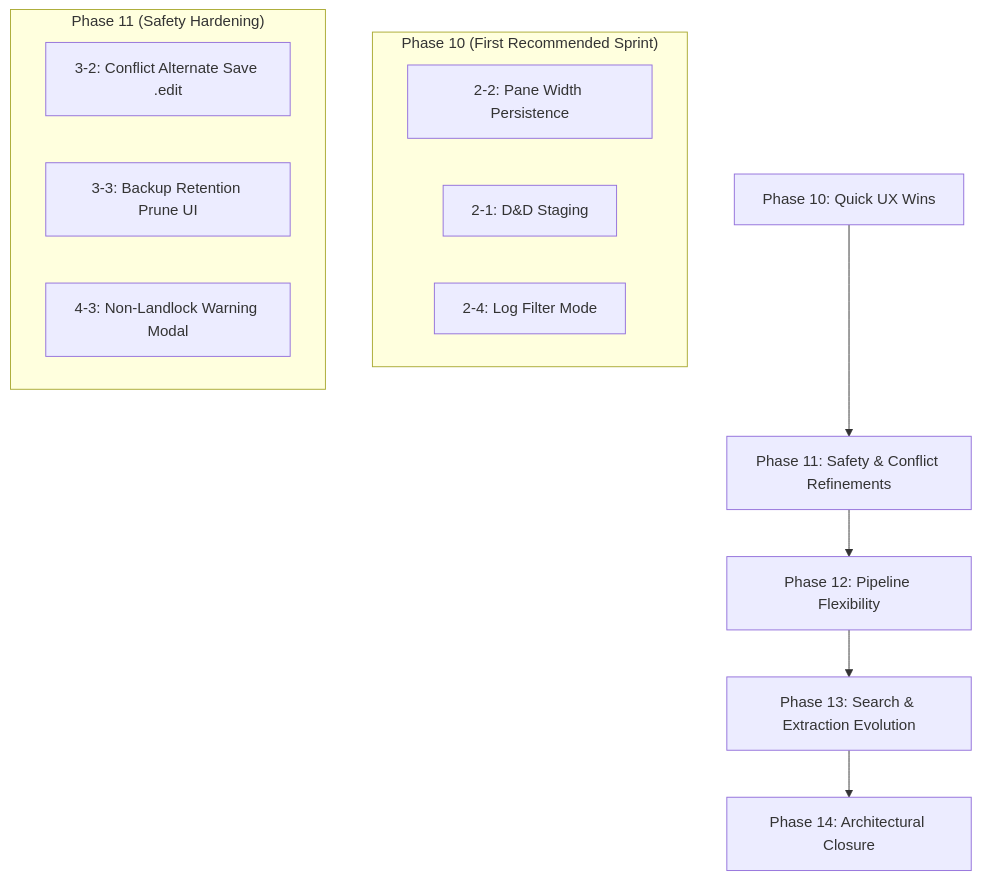
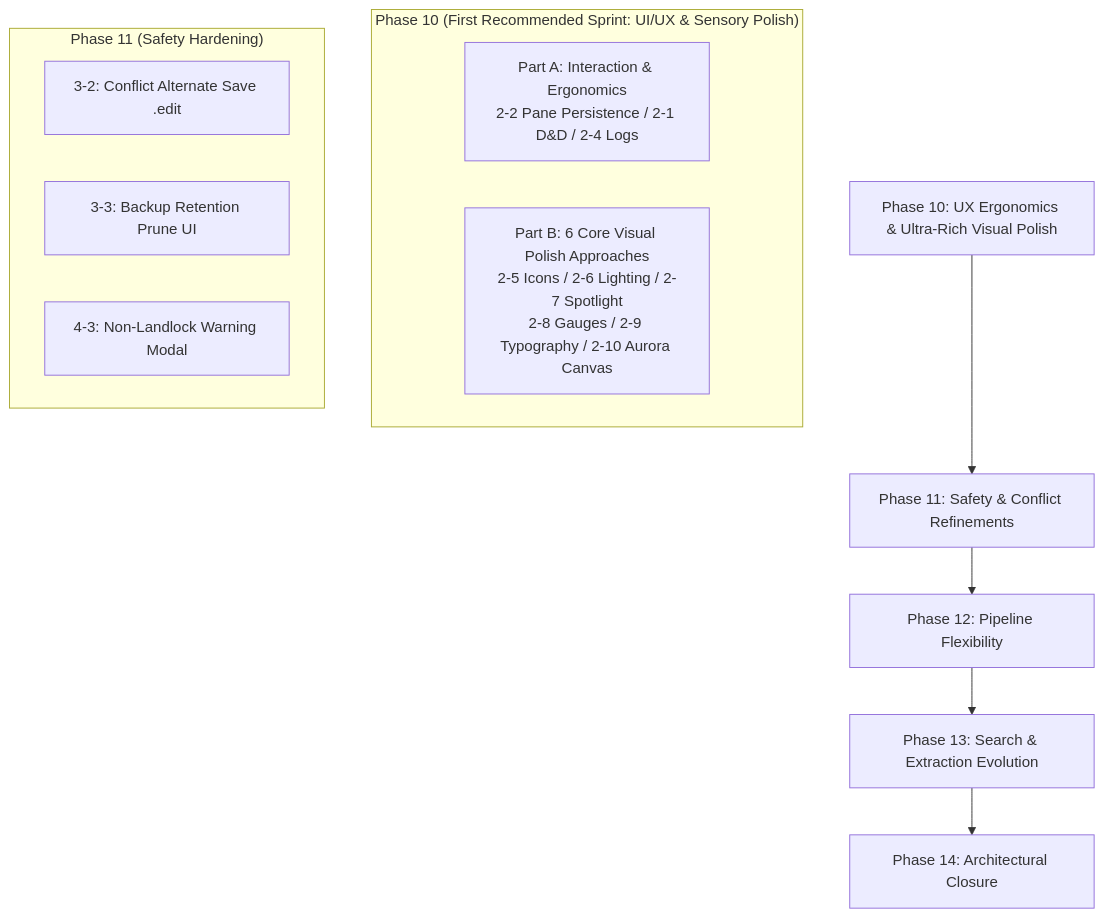
One commit to wammed/Cuddle changed the diagram in NEXT_IMPLEMENTATION_TASKS.en.md. Above: the diagram before and after it, drawn with Mermaid. The commit also changed other lines of this file and 1 other file, not shown here.

Commit message:
docs: add 6 core visual polish and sensory upgrade tasks to implementation roadmap

````diff
--- a/NEXT_IMPLEMENTATION_TASKS.en.md
+++ b/NEXT_IMPLEMENTATION_TASKS.en.md
@@ -244,19 +332,18 @@
 ```mermaid
 graph TD
-    A[Phase 10: Quick UX Wins] --> B[Phase 11: Safety & Conflict Refinements]
+    A[Phase 10: UX Ergonomics & Ultra-Rich Visual Polish] --> B[Phase 11: Safety & Conflict Refinements]
     B --> C[Phase 12: Pipeline Flexibility]
     C --> D[Phase 13: Search & Extraction Evolution]
     D --> E[Phase 14: Architectural Closure]
 
-    subgraph "Phase 10 (First Recommended Sprint)"
-        A1[2-2: Pane Width Persistence]
-        A2[2-1: D&D Staging]
-        A3[2-4: Log Filter Mode]
+    subgraph "Phase 10 (First Recommended Sprint: UI/UX & Sensory Polish)"
+        A1[Part A: Interaction & Ergonomics<br/>2-2 Pane Persistence / 2-1 D&D / 2-4 Logs]
+        A2[Part B: 6 Core Visual Polish Approaches<br/>2-5 Icons / 2-6 Lighting / 2-7 Spotlight<br/>2-8 Gauges / 2-9 Typography / 2-10 Aurora Canvas]
     end
 
     subgraph "Phase 11 (Safety Hardening)"
         B1[3-2: Conflict Alternate Save .edit]
         B2[3-3: Backup Retention Prune UI]
         B3[4-3: Non-Landlock Warning Modal]
     end
 ```
````
